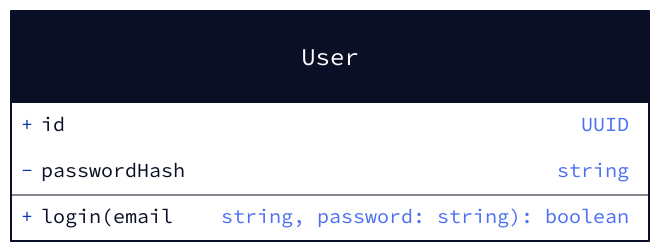
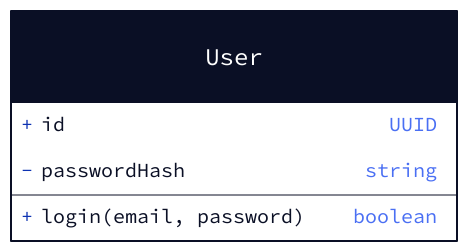
One commit to Eryc123Y/personal-skills changed the seventh of 7 diagrams in d2-diagram/references/uml-2.5.1-notation.md. Above: the diagram before and after it, drawn with D2. The commit also changed other lines of this file and 15 other files, not shown here.

````diff
--- a/d2-diagram/references/uml-2.5.1-notation.md
+++ b/d2-diagram/references/uml-2.5.1-notation.md
@@ -95,8 +103,8 @@
 ```d2
 User: {
   shape: class
   +id: UUID
   -passwordHash: string
-  +login(email: string, password: string): boolean
+  +login(email, password): boolean
 }
 ```
````
